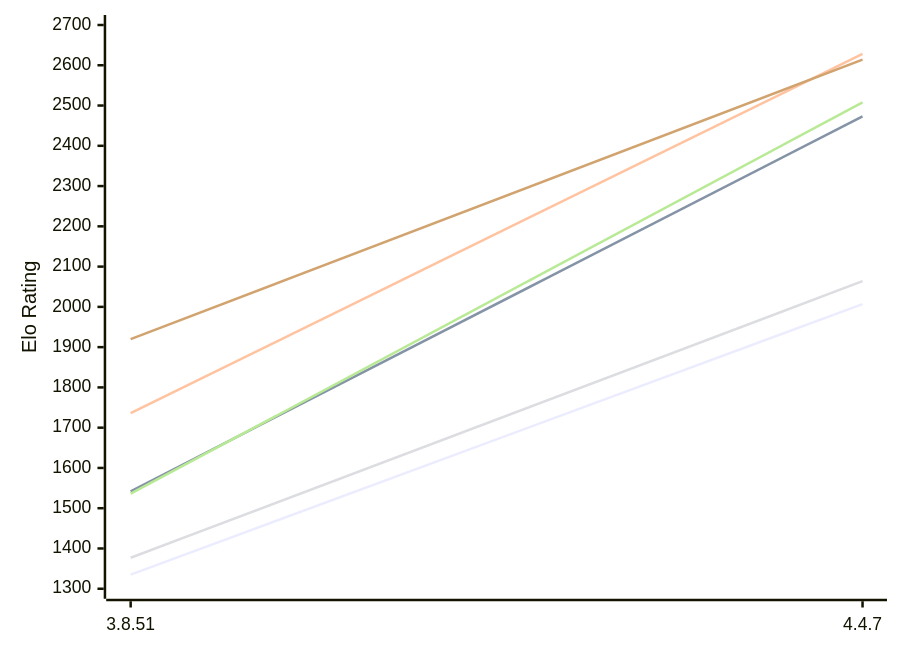
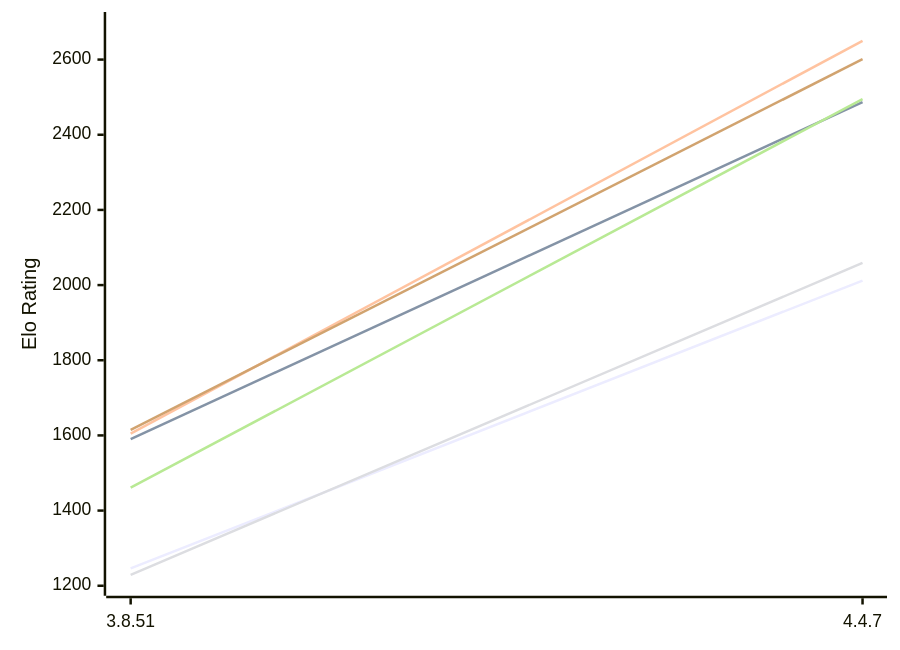
One commit to computer-chess-index/cci changed the first of 2 diagrams in engines/Scoria.md. Above: the diagram before and after it, drawn with Mermaid. The commit also changed other lines of this file, not shown here.

Commit message:
Update CCI Ratings (ELO VLTC) - 2026-11-14

````diff
--- a/engines/Scoria.md
+++ b/engines/Scoria.md
@@ -50,12 +50,12 @@
 ```mermaid
 %%{init: {"theme":"base","themeVariables":{"seriesColors:['#a3a3a3','#222221','#faa371']}}}%%
 xychart-beta
   x-axis ["3.8.51", "4.4.7"]
-  y-axis "Elo Rating" 1300 --> 2700
-  line "E1: STC (8.0+0.08s)" [1335, 2007]
-  line "E1: LTC (60.0+0.60s)" [1542, 2473]
-  line "E1: VLTC (2m24s+1.12s)" [1736, 2628]
-  line "P1: STC (8.0+0.08s)" [1377, 2064]
-  line "P1: LTC (60.0+0.60s)" [1536, 2508]
-  line "P1: VLTC (2m24s+1.12s)" [1920, 2614]
+  y-axis "Elo Rating" 1200 --> 2700
+  line "E1: STC (8.0+0.08s)" [1246, 2012]
+  line "E1: LTC (60.0+0.60s)" [1590, 2487]
+  line "E1: VLTC (2m24s+1.12s)" [1605, 2650]
+  line "P1: STC (8.0+0.08s)" [1229, 2059]
+  line "P1: LTC (60.0+0.60s)" [1461, 2495]
+  line "P1: VLTC (2m24s+1.12s)" [1615, 2601]
 ```
````
